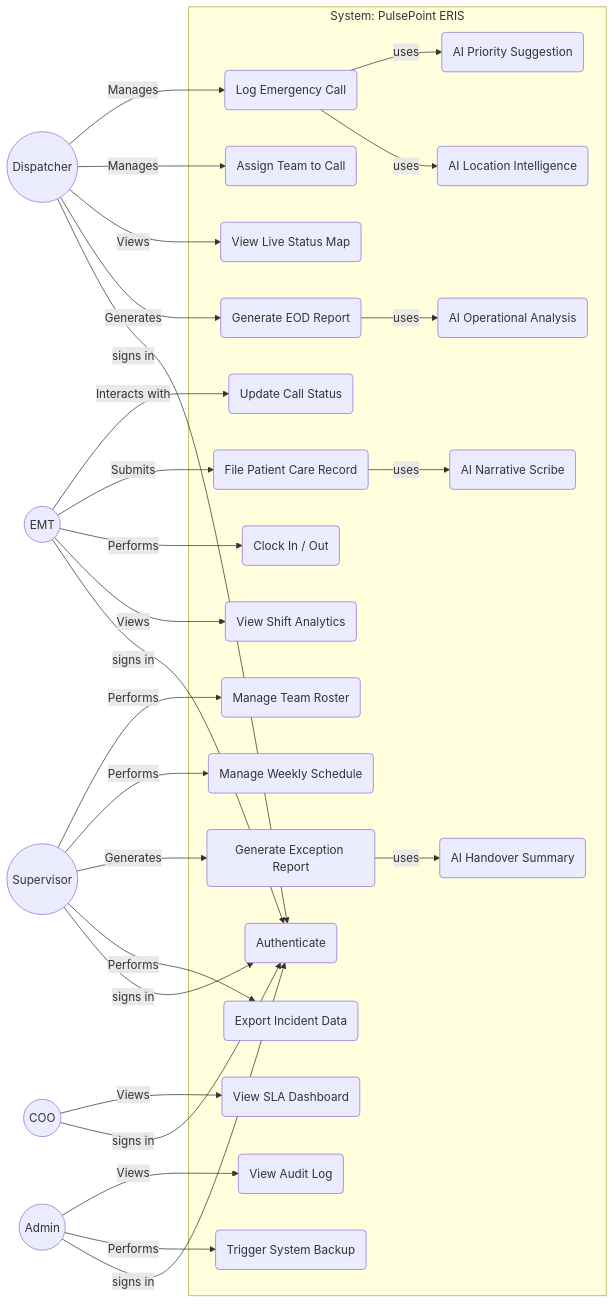
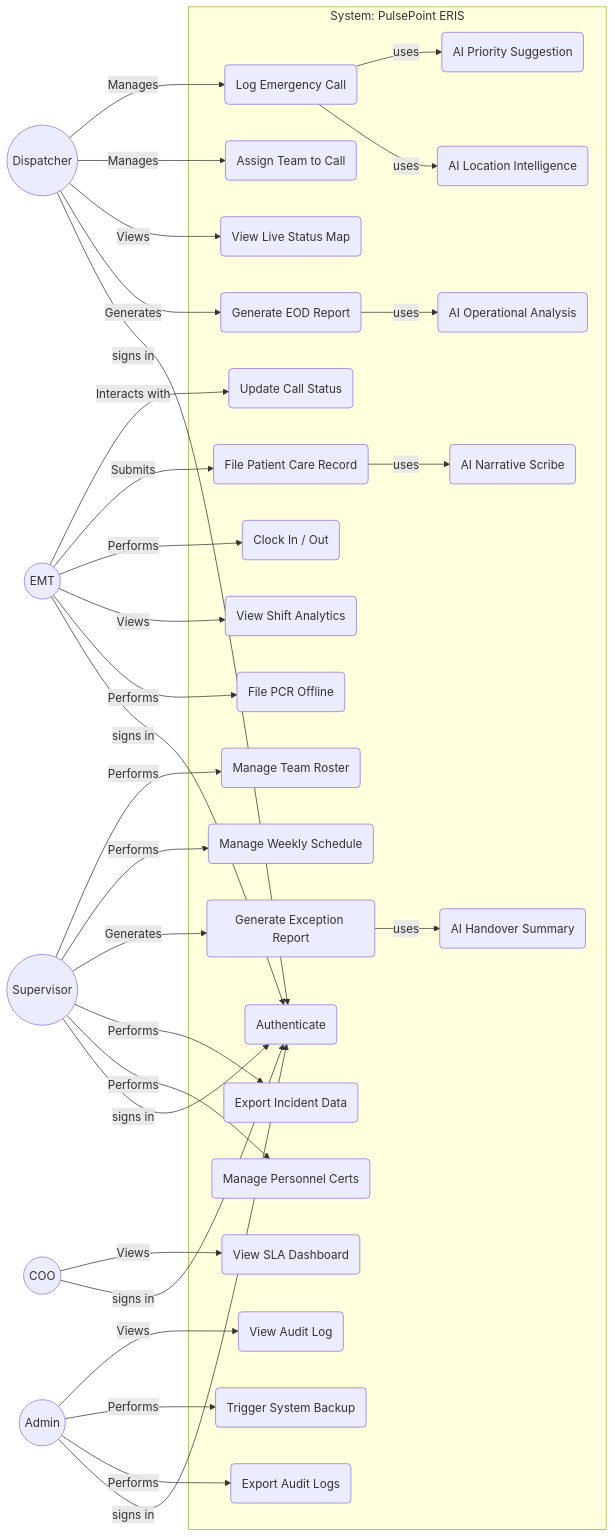
The second of 3 diagrams in TECHNICAL_DOCUMENTATION.md (ritvikindupuri/PulseEris), drawn with Mermaid before and after one commit. The commit also changed other lines of this file and 27 other files, not shown here.

````diff
--- a/TECHNICAL_DOCUMENTATION.md
+++ b/TECHNICAL_DOCUMENTATION.md
@@ -102,59 +103,65 @@
 ```mermaid
 graph LR
     Dispatcher((Dispatcher))
     EMT((EMT))
     Supervisor((Supervisor))
     COO((COO))
     Admin((Admin))
 
     subgraph "System: PulsePoint ERIS"
         UC1(Log Emergency Call)
         UC2(Assign Team to Call)
         UC3(View Live Status Map)
         UC4(Generate EOD Report)
         UC5(Update Call Status)
         UC6(File Patient Care Record)
         UC7(Clock In / Out)
         UC8(Manage Team Roster)
         UC9(Manage Weekly Schedule)
         UC10(Generate Exception Report)
         UC11(View SLA Dashboard)
         UC12(View Audit Log)
         UC13(Trigger System Backup)
         UC14(Authenticate)
         UC15(View Shift Analytics)
         UC16(Export Incident Data)
+        UC17(Manage Personnel Certs)
+        UC18(Export Audit Logs)
+        UC19(File PCR Offline)
 
         UC1 -- "uses" --> AI_Priority(AI Priority Suggestion)
         UC1 -- "uses" --> AI_Maps(AI Location Intelligence)
         UC4 -- "uses" --> AI_Analysis(AI Operational Analysis)
         UC6 -- "uses" --> AI_Scribe(AI Narrative Scribe)
         UC10 -- "uses" --> AI_Handover(AI Handover Summary)
     end
     
     Dispatcher -- "Manages" --> UC1;
     Dispatcher -- "Manages" --> UC2;
     Dispatcher -- "Views" --> UC3;
     Dispatcher -- "Generates" --> UC4;
     
     EMT -- "Interacts with" --> UC5;
     EMT -- "Submits" --> UC6;
     EMT -- "Performs" --> UC7;
     EMT -- "Views" --> UC15;
+    EMT -- "Performs" --> UC19;
 
     Supervisor -- "Performs" --> UC8;
     Supervisor -- "Performs" --> UC9;
     Supervisor -- "Generates" --> UC10;
     Supervisor -- "Performs" --> UC16;
+    Supervisor -- "Performs" --> UC17;
     
     COO -- "Views" --> UC11;
     
     Admin -- "Views" --> UC12;
     Admin -- "Performs" --> UC13;
+    Admin -- "Performs" --> UC18;
     
     Dispatcher -- "signs in" --> UC14;
     EMT -- "signs in" --> UC14;
     Supervisor -- "signs in" --> UC14;
     COO -- "signs in" --> UC14;
     Admin -- "signs in" --> UC14;
 ```
````
